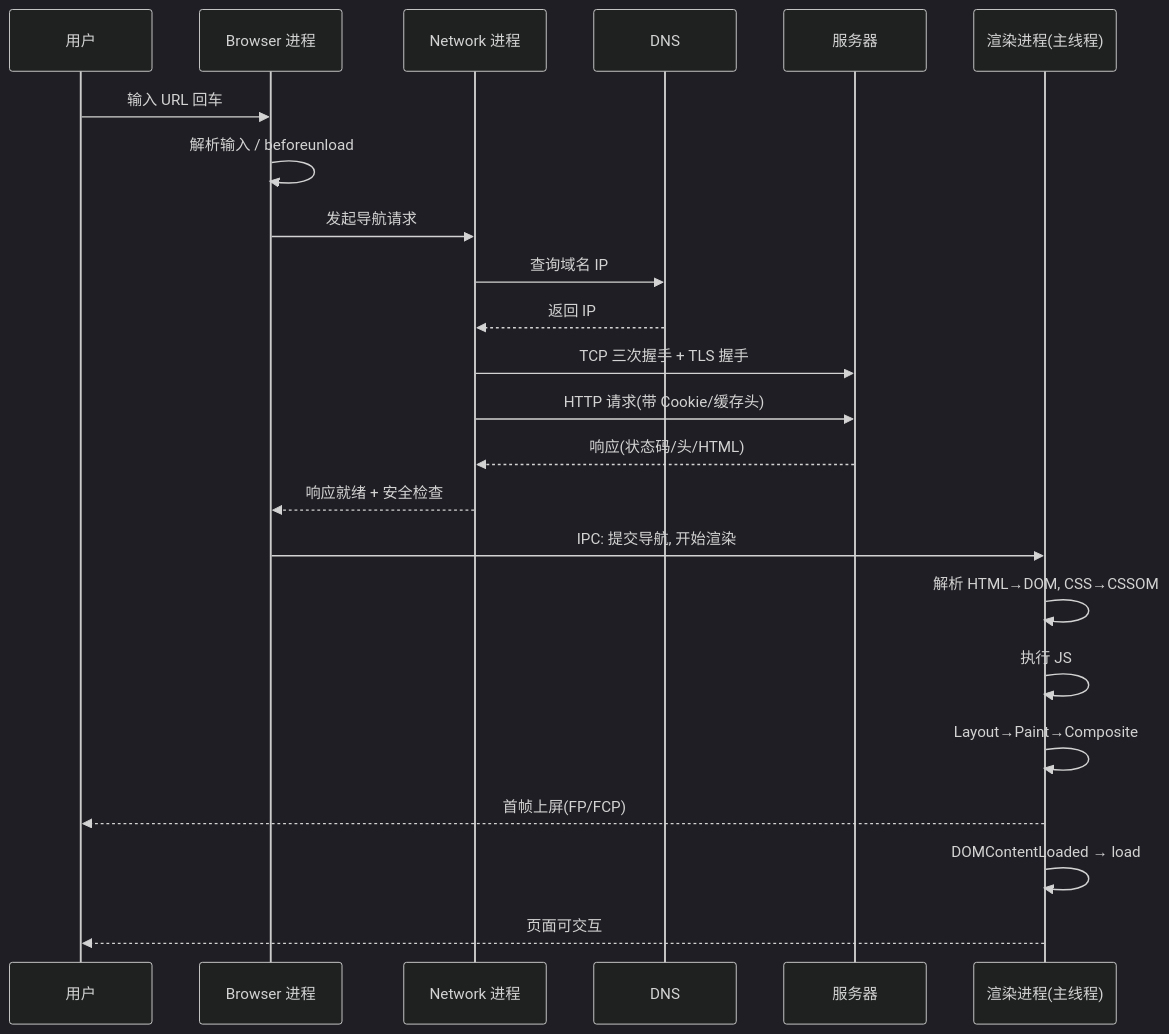
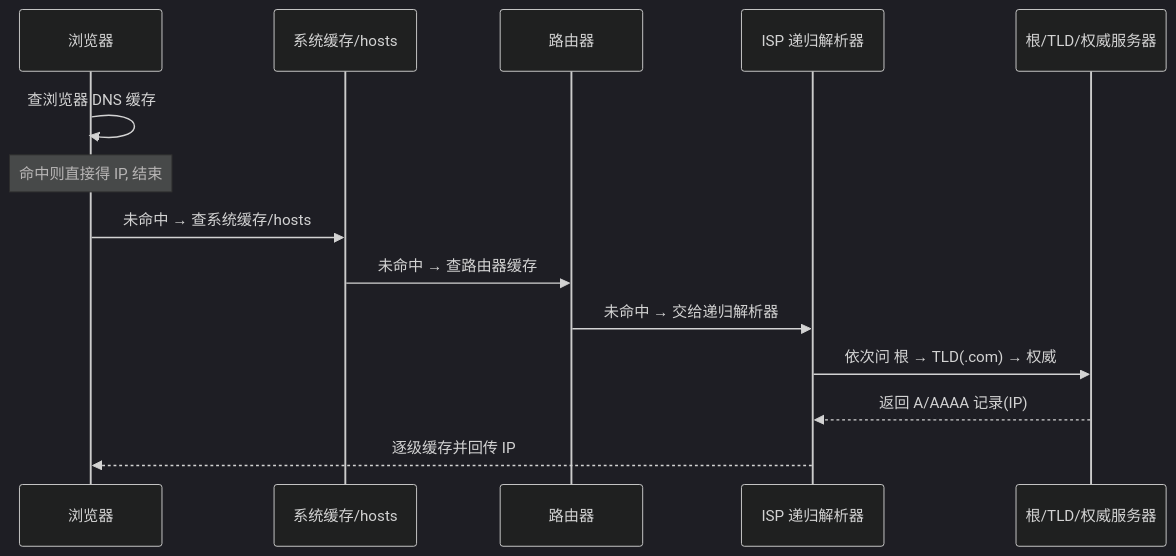
The second of 4 diagrams in 18-browser-principles/02-url-to-render/README.md (boyley/frontend-learning), drawn with Mermaid (dark theme) before and after one commit. The commit also changed other lines of this file and 101 other files, not shown here.

````diff
--- a/18-browser-principles/02-url-to-render/README.md
+++ b/18-browser-principles/02-url-to-render/README.md
@@ -41,26 +105,17 @@
 ```mermaid
 sequenceDiagram
-    participant U as 用户
-    participant B as Browser 进程
-    participant Net as Network 进程
-    participant DNS as DNS
-    participant S as 服务器
-    participant R as 渲染进程(主线程)
+    participant B as 浏览器
+    participant OS as 系统缓存/hosts
+    participant R as 路由器
+    participant ISP as ISP 递归解析器
+    participant Root as 根/TLD/权威服务器
 
-    U->>B: 输入 URL 回车
-    B->>B: 解析输入 / beforeunload
-    B->>Net: 发起导航请求
-    Net->>DNS: 查询域名 IP
-    DNS-->>Net: 返回 IP
-    Net->>S: TCP 三次握手 + TLS 握手
-    Net->>S: HTTP 请求(带 Cookie/缓存头)
-    S-->>Net: 响应(状态码/头/HTML)
-    Net-->>B: 响应就绪 + 安全检查
-    B->>R: IPC: 提交导航, 开始渲染
-    R->>R: 解析 HTML→DOM, CSS→CSSOM
-    R->>R: 执行 JS
-    R->>R: Layout→Paint→Composite
-    R-->>U: 首帧上屏(FP/FCP)
-    R->>R: DOMContentLoaded → load
-    R-->>U: 页面可交互
+    B->>B: 查浏览器 DNS 缓存
+    Note over B: 命中则直接得 IP, 结束
+    B->>OS: 未命中 → 查系统缓存/hosts
+    OS->>R: 未命中 → 查路由器缓存
+    R->>ISP: 未命中 → 交给递归解析器
+    ISP->>Root: 依次问 根 → TLD(.com) → 权威
+    Root-->>ISP: 返回 A/AAAA 记录(IP)
+    ISP-->>B: 逐级缓存并回传 IP
 ```
````
